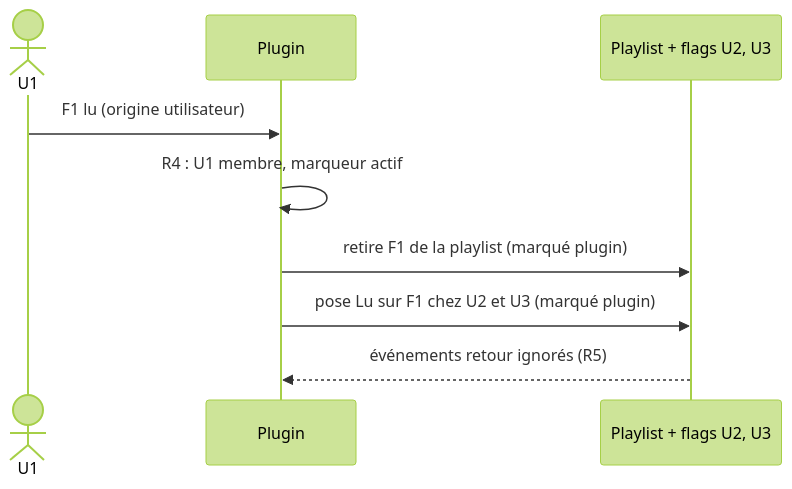
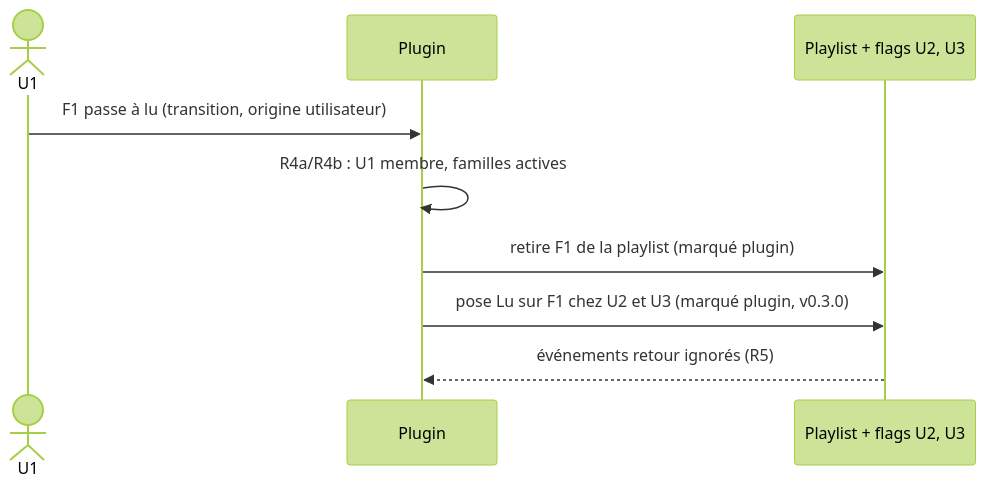
The second of 5 diagrams in docs/chronogrammes.md (CCoupel/Emby_PlaySync), drawn with Mermaid (forest theme) before and after one commit. The commit also changed other lines of this file and 1 other file, not shown here.

````diff
--- a/docs/chronogrammes.md
+++ b/docs/chronogrammes.md
@@ -159,11 +203,11 @@
 ```mermaid
 sequenceDiagram
     actor U1
     participant P as Plugin
     participant M as Playlist + flags U2, U3
-    U1->>P: F1 lu (origine utilisateur)
-    P->>P: R4 : U1 membre, marqueur actif
+    U1->>P: F1 passe à lu (transition, origine utilisateur)
+    P->>P: R4a/R4b : U1 membre, familles actives
     P->>M: retire F1 de la playlist (marqué plugin)
-    P->>M: pose Lu sur F1 chez U2 et U3 (marqué plugin)
+    P->>M: pose Lu sur F1 chez U2 et U3 (marqué plugin, v0.3.0)
     M-->>P: événements retour ignorés (R5)
 ```
````
